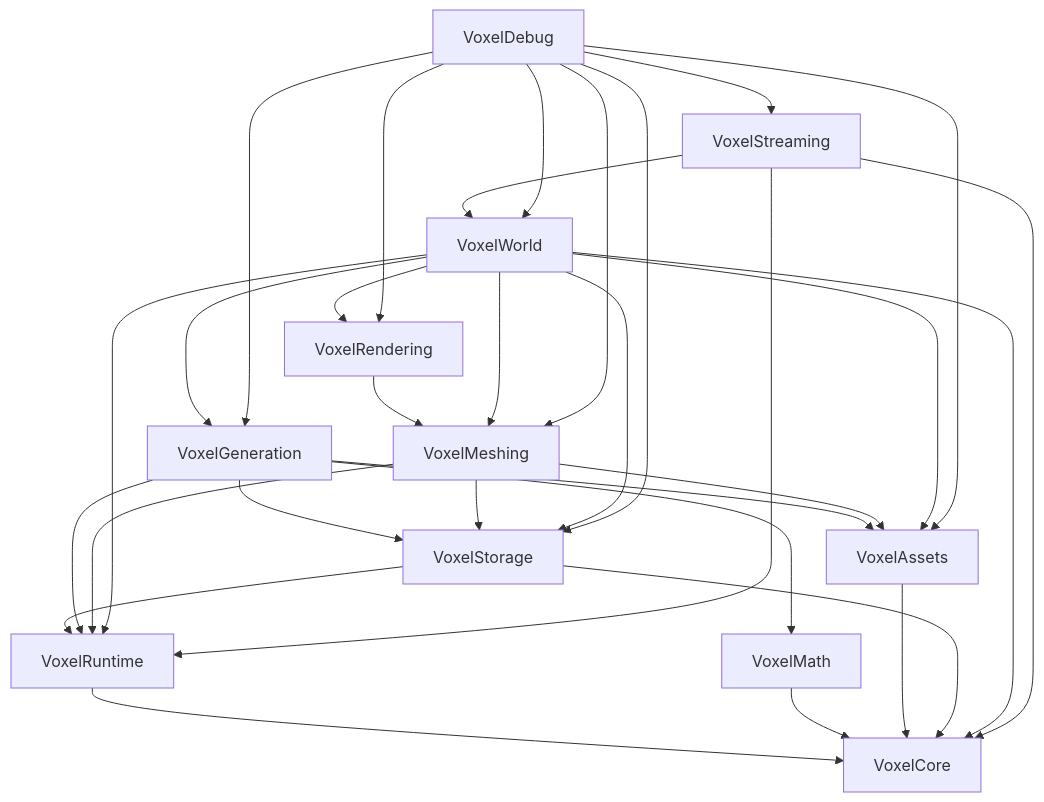
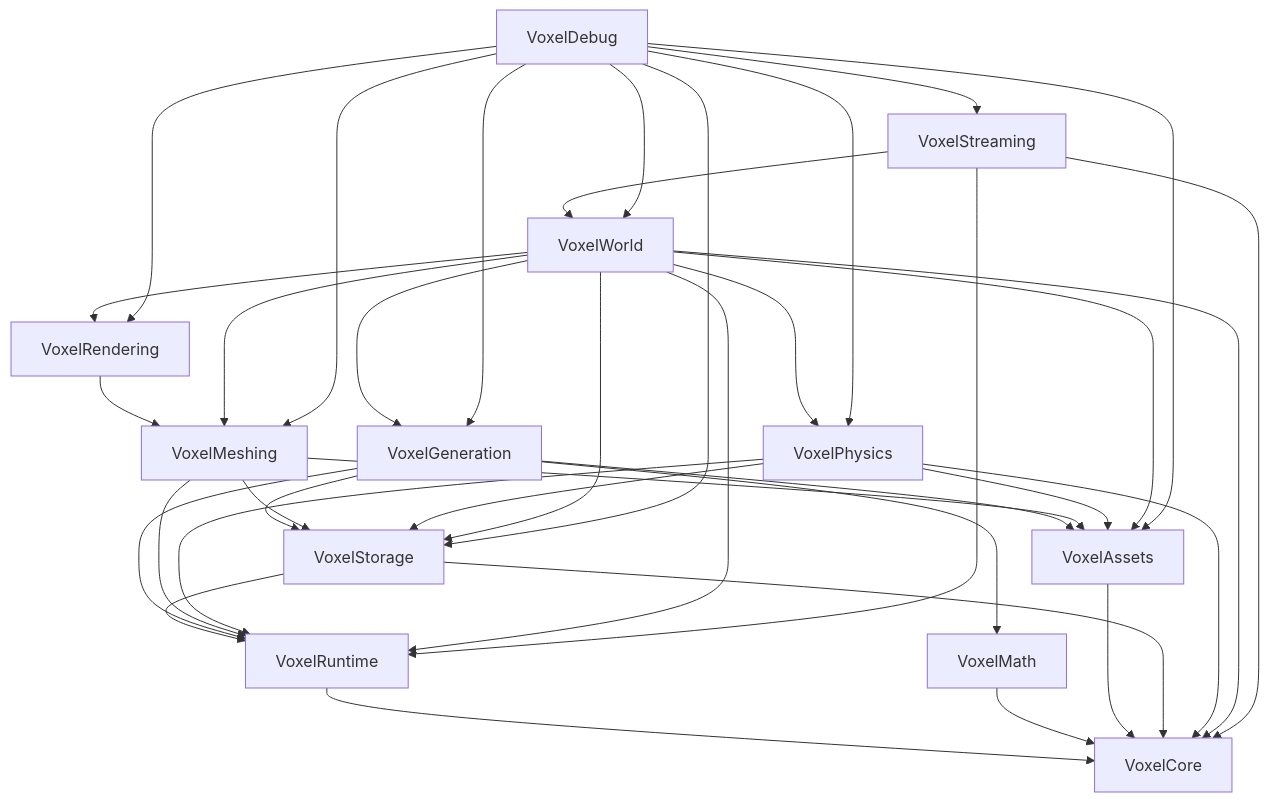
Before and after one commit to Jaiminsinh-Dodiya/VoxelFramework-UE5: the diagram in README.md, drawn with Mermaid. The commit also changed other lines of this file, not shown here.

````diff
--- a/README.md
+++ b/README.md
@@ -31,39 +32,46 @@
 ```mermaid
 graph TD;
     VoxelRuntime --> VoxelCore;
     VoxelMath --> VoxelCore;
     VoxelAssets --> VoxelCore;
     VoxelStorage --> VoxelCore;
     VoxelStorage --> VoxelRuntime;
     
     VoxelGeneration --> VoxelMath;
     VoxelGeneration --> VoxelAssets;
     VoxelGeneration --> VoxelStorage;
     VoxelGeneration --> VoxelRuntime;
     
     VoxelMeshing --> VoxelStorage;
     VoxelMeshing --> VoxelAssets;
     VoxelMeshing --> VoxelRuntime;
     
     VoxelRendering --> VoxelMeshing;
+
+    VoxelPhysics --> VoxelCore;
+    VoxelPhysics --> VoxelStorage;
+    VoxelPhysics --> VoxelAssets;
+    VoxelPhysics --> VoxelRuntime;
     
     VoxelWorld --> VoxelCore;
     VoxelWorld --> VoxelRuntime;
     VoxelWorld --> VoxelAssets;
     VoxelWorld --> VoxelStorage;
     VoxelWorld --> VoxelGeneration;
     VoxelWorld --> VoxelMeshing;
     VoxelWorld --> VoxelRendering;
+    VoxelWorld --> VoxelPhysics;
 
     VoxelStreaming --> VoxelCore;
     VoxelStreaming --> VoxelRuntime;
     VoxelStreaming --> VoxelWorld;
     
     VoxelDebug --> VoxelGeneration;
     VoxelDebug --> VoxelMeshing;
     VoxelDebug --> VoxelStorage;
     VoxelDebug --> VoxelAssets;
     VoxelDebug --> VoxelRendering;
+    VoxelDebug --> VoxelPhysics;
     VoxelDebug --> VoxelWorld;
     VoxelDebug --> VoxelStreaming;
 ```
````
